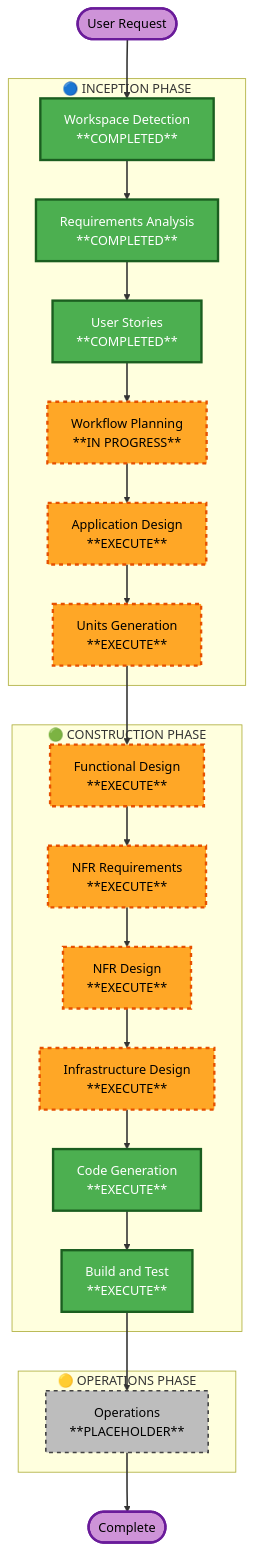
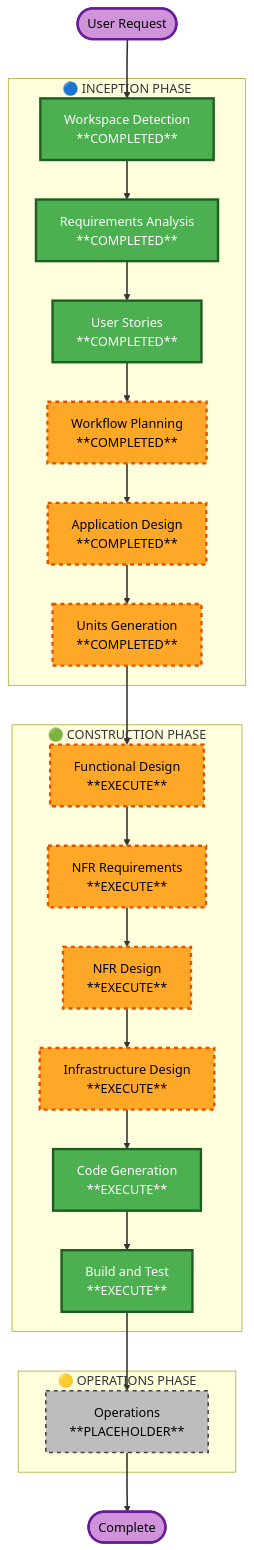
The diagram in aidlc-docs/inception/plans/execution-plan.md (makinosp/utopia), drawn with Mermaid before and after one commit. The commit also changed other lines of this file and 2 other files, not shown here.

````diff
--- a/aidlc-docs/inception/plans/execution-plan.md
+++ b/aidlc-docs/inception/plans/execution-plan.md
@@ -21,59 +21,59 @@
 ```mermaid
 flowchart TD
     Start(["User Request"])
 
     subgraph INCEPTION["🔵 INCEPTION PHASE"]
         WD["Workspace Detection\n**COMPLETED**"]
         RA["Requirements Analysis\n**COMPLETED**"]
         US["User Stories\n**COMPLETED**"]
-        WP["Workflow Planning\n**IN PROGRESS**"]
-        AD["Application Design\n**EXECUTE**"]
-        UG["Units Generation\n**EXECUTE**"]
+        WP["Workflow Planning\n**COMPLETED**"]
+        AD["Application Design\n**COMPLETED**"]
+        UG["Units Generation\n**COMPLETED**"]
     end
 
     subgraph CONSTRUCTION["🟢 CONSTRUCTION PHASE"]
         FD["Functional Design\n**EXECUTE**"]
         NFRA["NFR Requirements\n**EXECUTE**"]
         NFRD["NFR Design\n**EXECUTE**"]
         ID["Infrastructure Design\n**EXECUTE**"]
         CG["Code Generation\n**EXECUTE**"]
         BT["Build and Test\n**EXECUTE**"]
     end
 
     subgraph OPERATIONS["🟡 OPERATIONS PHASE"]
         OPS["Operations\n**PLACEHOLDER**"]
     end
 
     Start --> WD
     WD --> RA
     RA --> US
     US --> WP
     WP --> AD
     AD --> UG
     UG --> FD
     FD --> NFRA
     NFRA --> NFRD
     NFRD --> ID
     ID --> CG
     CG --> BT
     BT --> OPS
     OPS --> End(["Complete"])
 
     style WD fill:#4CAF50,stroke:#1B5E20,stroke-width:3px,color:#fff
     style RA fill:#4CAF50,stroke:#1B5E20,stroke-width:3px,color:#fff
     style US fill:#4CAF50,stroke:#1B5E20,stroke-width:3px,color:#fff
     style WP fill:#FFA726,stroke:#E65100,stroke-width:3px,stroke-dasharray: 5 5,color:#000
     style AD fill:#FFA726,stroke:#E65100,stroke-width:3px,stroke-dasharray: 5 5,color:#000
     style UG fill:#FFA726,stroke:#E65100,stroke-width:3px,stroke-dasharray: 5 5,color:#000
     style FD fill:#FFA726,stroke:#E65100,stroke-width:3px,stroke-dasharray: 5 5,color:#000
     style NFRA fill:#FFA726,stroke:#E65100,stroke-width:3px,stroke-dasharray: 5 5,color:#000
     style NFRD fill:#FFA726,stroke:#E65100,stroke-width:3px,stroke-dasharray: 5 5,color:#000
     style ID fill:#FFA726,stroke:#E65100,stroke-width:3px,stroke-dasharray: 5 5,color:#000
     style CG fill:#4CAF50,stroke:#1B5E20,stroke-width:3px,color:#fff
     style BT fill:#4CAF50,stroke:#1B5E20,stroke-width:3px,color:#fff
     style OPS fill:#BDBDBD,stroke:#424242,stroke-width:2px,stroke-dasharray: 5 5,color:#000
     style Start fill:#CE93D8,stroke:#6A1B9A,stroke-width:3px,color:#000
     style End fill:#CE93D8,stroke:#6A1B9A,stroke-width:3px,color:#000
 
     linkStyle default stroke:#333,stroke-width:2px
 ```
````
